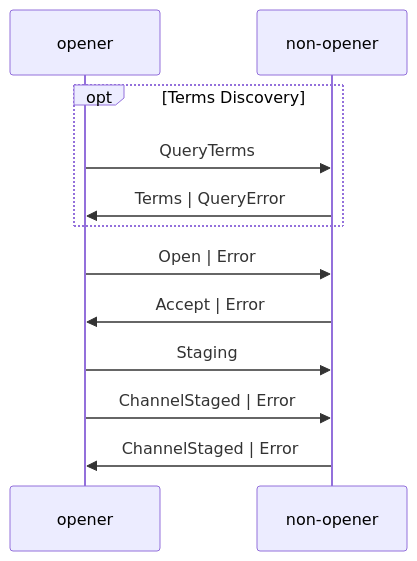
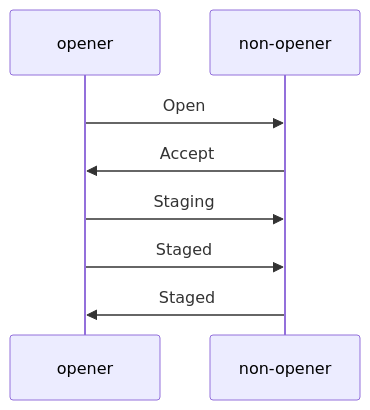
Before and after one commit to cardano-lightning/cardano-lightning: the third of 6 diagrams in docs/design/l2-peer-protocol-spec.md, drawn with Mermaid. The commit also changed other lines of this file and 1 other file, not shown here.

````diff
--- a/docs/design/l2-peer-protocol-spec.md
+++ b/docs/design/l2-peer-protocol-spec.md
@@ -337,15 +323,12 @@
 ```mermaid
  sequenceDiagram
   participant opener
   participant non-opener
 
-  opt Terms Discovery
-    opener ->> non-opener: QueryTerms
-    non-opener ->> opener: Terms | QueryError
-  end
-  opener ->> non-opener: Open | Error
-  non-opener ->> opener: Accept | Error
+  opener ->> non-opener: Open
+  non-opener ->> opener: Accept
   opener ->> non-opener: Staging
-  opener ->> non-opener: ChannelStaged | Error
-  non-opener ->> opener: ChannelStaged | Error
+
+  opener ->> non-opener: Staged
+  non-opener ->> opener: Staged
 ```
````
